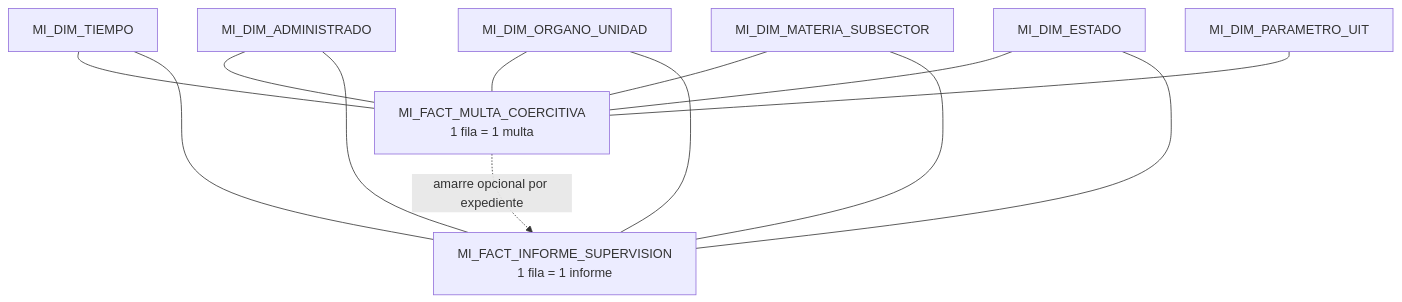
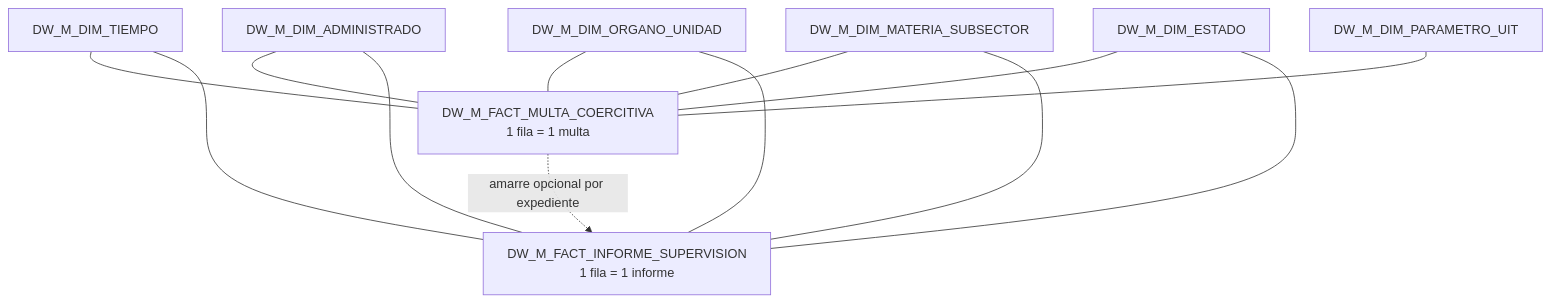
One commit to nwodevops/multa_informes_etl changed the first of 2 diagrams in docs/modelo-kimball.md. Above: the diagram before and after it, drawn with Mermaid. The commit also changed other lines of this file and 67 other files, not shown here.

````diff
--- a/docs/modelo-kimball.md
+++ b/docs/modelo-kimball.md
@@ -10,27 +10,27 @@
 ```mermaid
 flowchart TB
-  D_T["MI_DIM_TIEMPO"]
-  D_A["MI_DIM_ADMINISTRADO"]
-  D_O["MI_DIM_ORGANO_UNIDAD"]
-  D_M["MI_DIM_MATERIA_SUBSECTOR"]
-  D_E["MI_DIM_ESTADO"]
-  D_U["MI_DIM_PARAMETRO_UIT"]
+  D_T["DW_M_DIM_TIEMPO"]
+  D_A["DW_M_DIM_ADMINISTRADO"]
+  D_O["DW_M_DIM_ORGANO_UNIDAD"]
+  D_M["DW_M_DIM_MATERIA_SUBSECTOR"]
+  D_E["DW_M_DIM_ESTADO"]
+  D_U["DW_M_DIM_PARAMETRO_UIT"]
 
-  F_MC["MI_FACT_MULTA_COERCITIVA<br/>1 fila = 1 multa"]
-  F_INF["MI_FACT_INFORME_SUPERVISION<br/>1 fila = 1 informe"]
+  F_MC["DW_M_FACT_MULTA_COERCITIVA<br/>1 fila = 1 multa"]
+  F_INF["DW_M_FACT_INFORME_SUPERVISION<br/>1 fila = 1 informe"]
 
   D_T --- F_MC
   D_A --- F_MC
   D_O --- F_MC
   D_M --- F_MC
   D_E --- F_MC
   D_U --- F_MC
 
   D_T --- F_INF
   D_A --- F_INF
   D_O --- F_INF
   D_M --- F_INF
   D_E --- F_INF
 
   F_MC -.->|amarre opcional por expediente| F_INF
 ```
````
